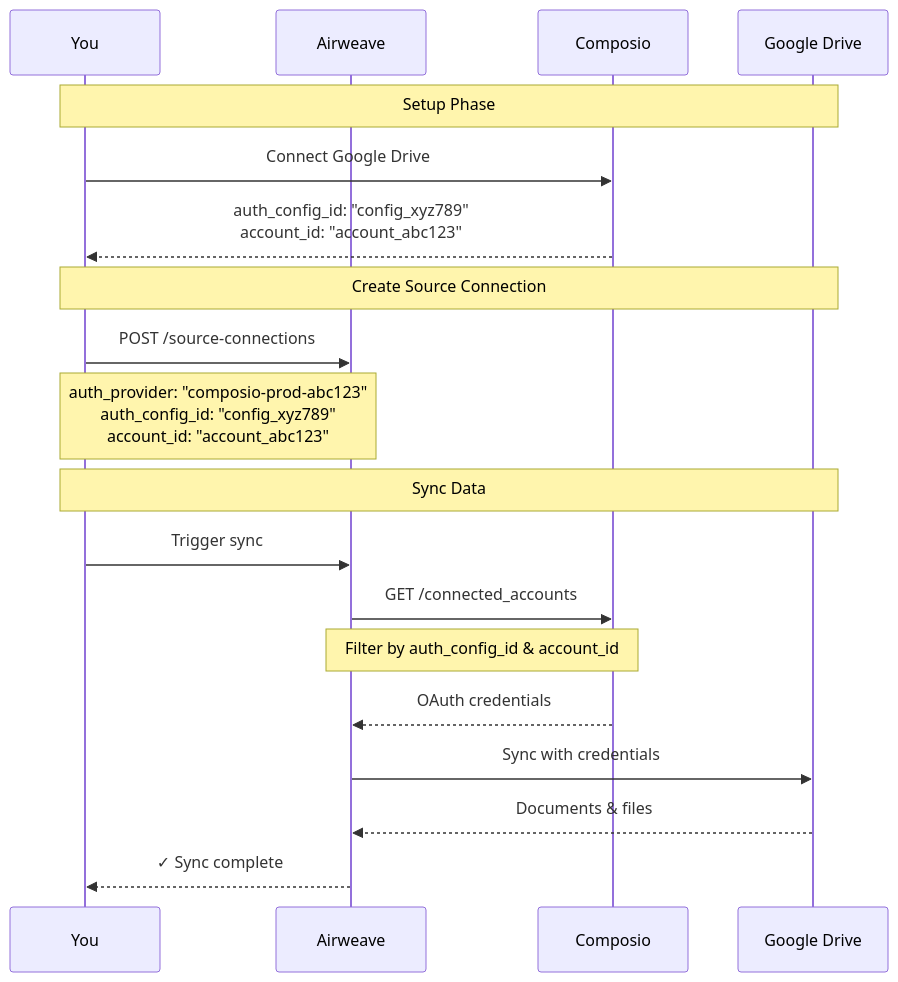
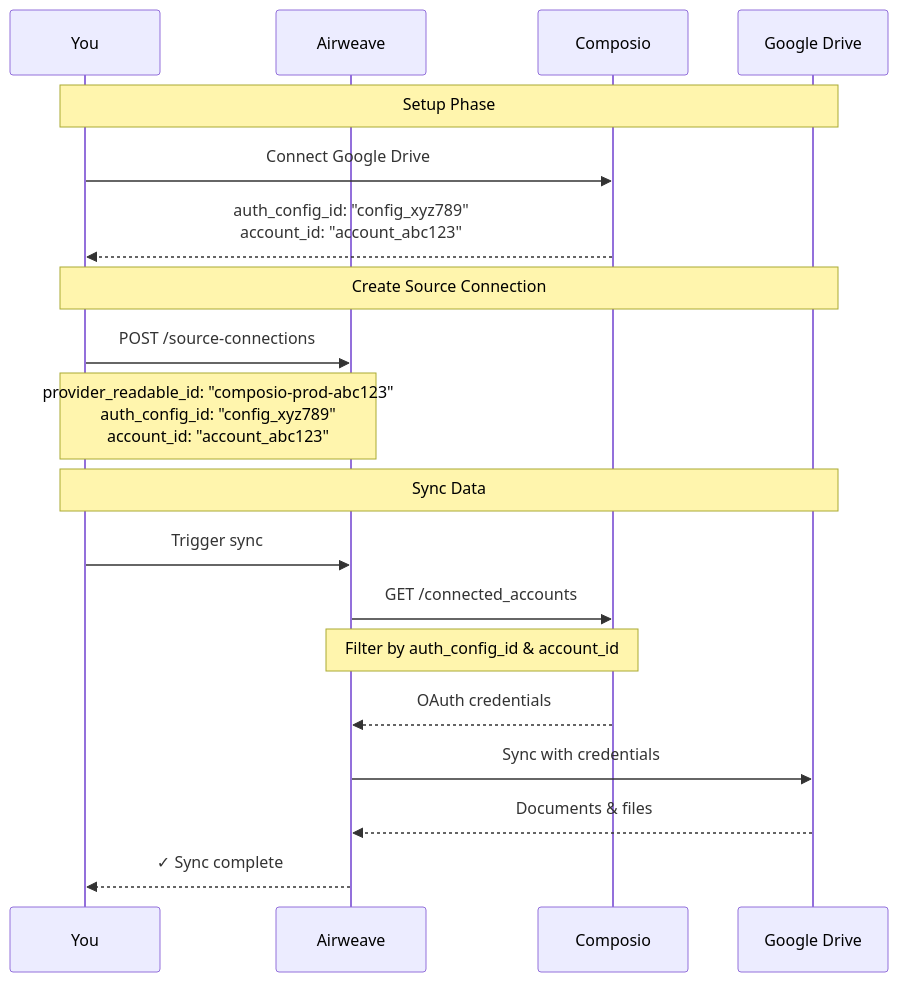
The diagram in fern/docs/pages/auth-providers/composio.mdx (zaurshamilov-bit/airweave), drawn with Mermaid before and after one commit. The commit also changed other lines of this file and 1 other file, not shown here.

Commit message:
docs(fern): patch docs to better represent the auth providers

````diff
--- a/fern/docs/pages/auth-providers/composio.mdx
+++ b/fern/docs/pages/auth-providers/composio.mdx
@@ -119,24 +119,24 @@
 ```mermaid
 sequenceDiagram
     participant You
     participant Airweave
     participant Composio
     participant GoogleDrive as Google Drive
 
     Note over You,GoogleDrive: Setup Phase
     You->>Composio: Connect Google Drive
     Composio-->>You: auth_config_id: "config_xyz789"<br/>account_id: "account_abc123"
 
     Note over You,GoogleDrive: Create Source Connection
     You->>Airweave: POST /source-connections
-    Note over You,Airweave: auth_provider: "composio-prod-abc123"<br/>auth_config_id: "config_xyz789"<br/>account_id: "account_abc123"
+    Note over You,Airweave: provider_readable_id: "composio-prod-abc123"<br/>auth_config_id: "config_xyz789"<br/>account_id: "account_abc123"
 
     Note over You,GoogleDrive: Sync Data
     You->>Airweave: Trigger sync
     Airweave->>Composio: GET /connected_accounts
     Note over Airweave,Composio: Filter by auth_config_id & account_id
     Composio-->>Airweave: OAuth credentials
     Airweave->>GoogleDrive: Sync with credentials
     GoogleDrive-->>Airweave: Documents & files
     Airweave-->>You: ✓ Sync complete
 ```
````
